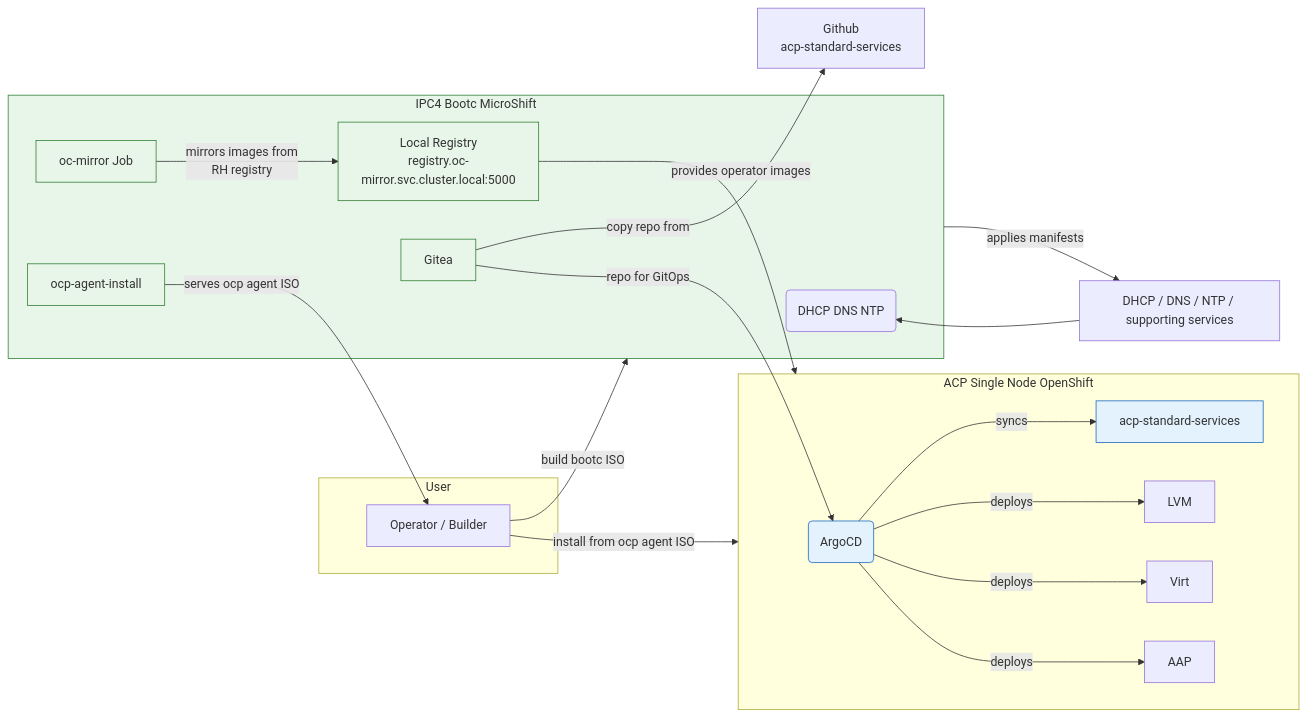
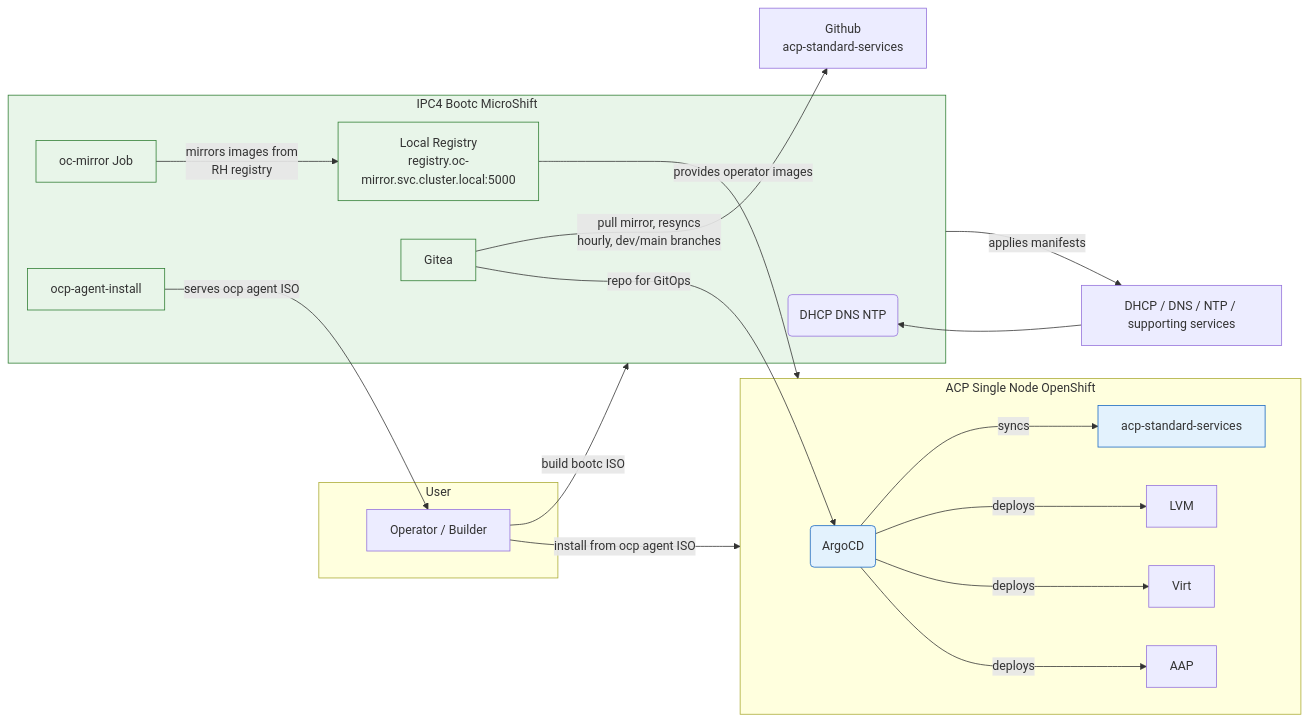
One commit to RedHatEdge/sps-2025 changed the diagram in HOW_IT_WORKS.md. Above: the diagram before and after it, drawn with Mermaid. The commit also changed other lines of this file and 3 other files, not shown here.

````diff
--- a/HOW_IT_WORKS.md
+++ b/HOW_IT_WORKS.md
@@ -138,41 +183,41 @@
 ```mermaid
 flowchart LR
   subgraph User
     Dev[Operator / Builder]
   end
 
   subgraph IPC4[IPC4 Bootc MicroShift]
     SVC(DHCP DNS NTP)
     REG[Local Registry<br>registry.oc-mirror.svc.cluster.local:5000]
     GITEA[Gitea]
     OC_MIRROR[oc-mirror Job]
     AGENT_GEN[ocp-agent-install]
   end
 
   subgraph ACP[ACP Single Node OpenShift]
     ARGO(ArgoCD)
     ACP_SERVERS[acp-standard-services]
     LVM[LVM ]
     VIRT[Virt]
     ANSIBLE[AAP]
   end
 
   Dev -->|build bootc ISO | IPC4
   IPC4 -->|applies manifests| DHCP[DHCP / DNS / NTP / supporting services]
   DHCP[DHCP / DNS / NTP / supporting services] --> SVC
   OC_MIRROR --> |mirrors images from <br> RH registry |REG
-  GITEA -->|copy repo from| Github[Github<br>acp-standard-services]
+  GITEA -->|pull mirror, resyncs<br>hourly, dev/main branches| Github[Github<br>acp-standard-services]
   AGENT_GEN -->|serves ocp agent ISO| Dev
   Dev -->|install from ocp agent ISO| ACP
   REG -->|provides operator images| ACP
   GITEA -->|repo for GitOps| ARGO
   ARGO -->|syncs| ACP_SERVERS
   ARGO -->|deploys|LVM
   ARGO -->|deploys|VIRT
   ARGO -->|deploys|ANSIBLE
 
   classDef infra fill:#e8f5e9,stroke:#2e7d32;
   classDef control fill:#e3f2fd,stroke:#1565c0;
   class IPC4,REG,GITEA,OC_MIRROR,AGENT_GEN infra;
   class ARGO,ACP_SERVERS control;
 ```
````
